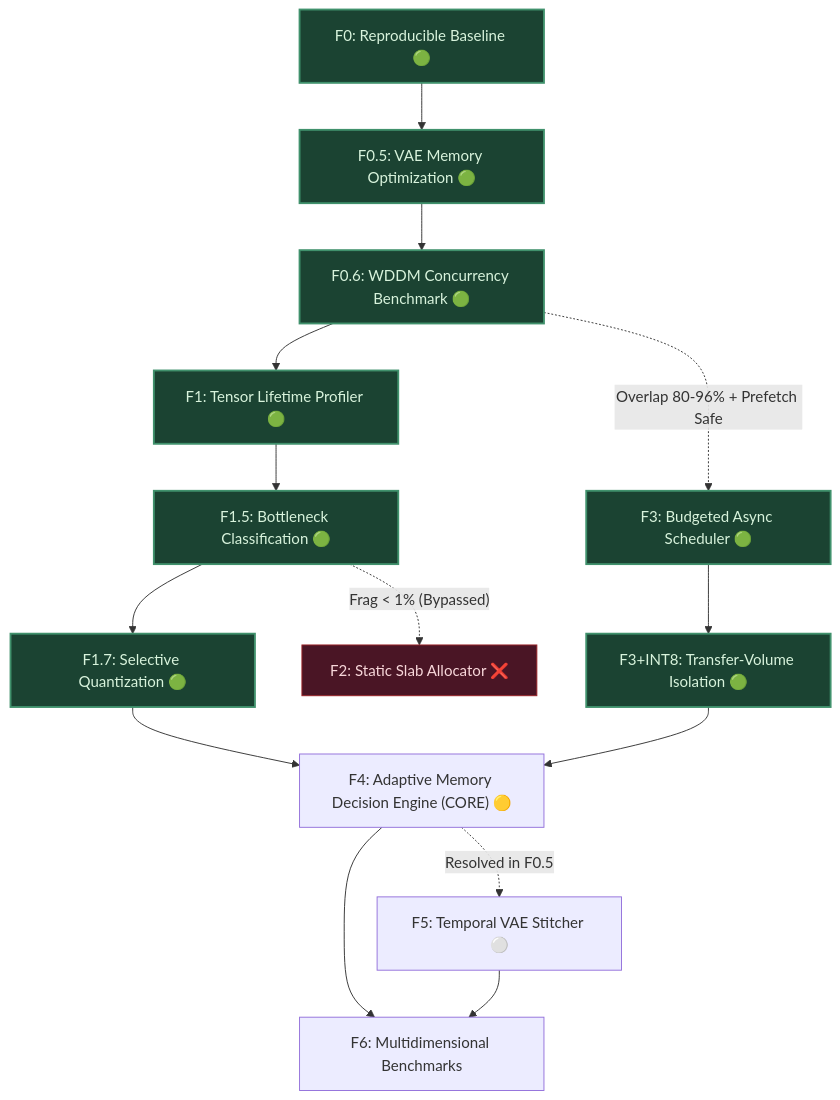
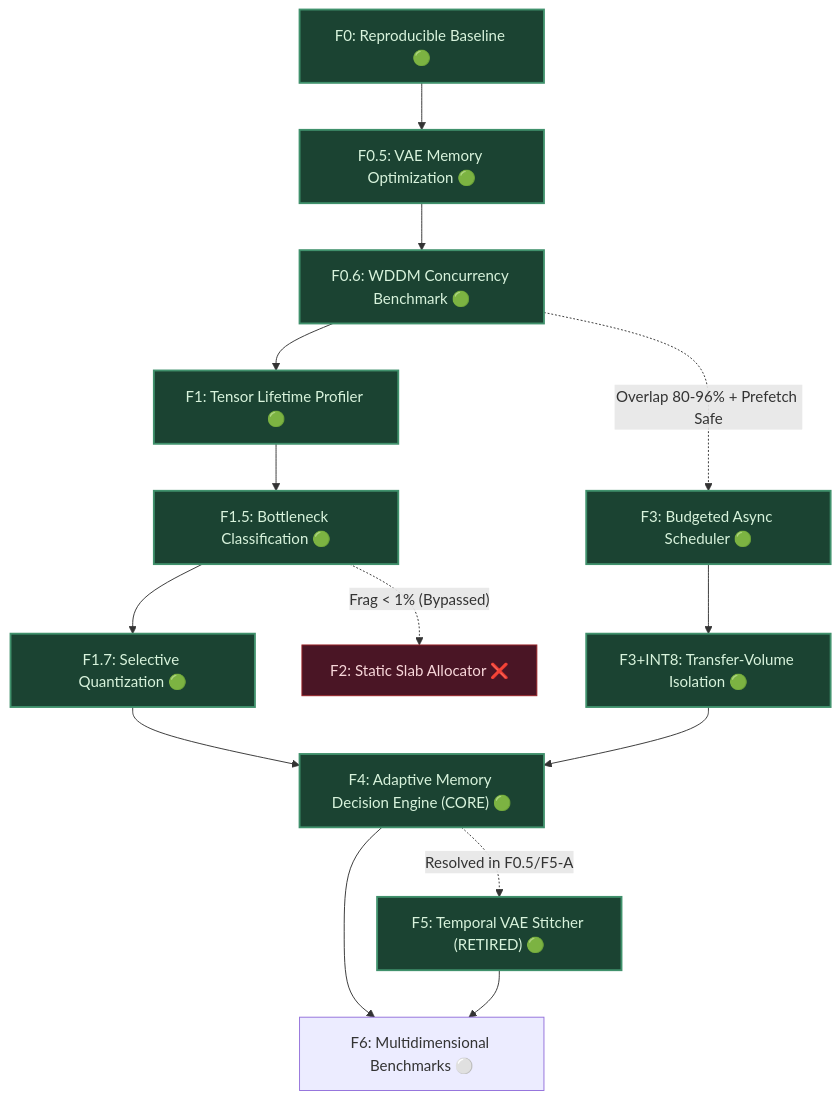
One commit to LARP/marley-adaptive-runtime changed the diagram in ROADMAP.md. Above: the diagram before and after it, drawn with Mermaid. The commit also changed other lines of this file and 4 other files, not shown here.

First line of the commit message:
feat(f5): execute canonical 33f VAE probe, certify RETIRE verdict, update docs and roadmap

````diff
--- a/ROADMAP.md
+++ b/ROADMAP.md
@@ -78,22 +91,22 @@
 ```mermaid
 flowchart TD
     F0["F0: Reproducible Baseline 🟢"] --> F05["F0.5: VAE Memory Optimization 🟢"]
     F05 --> F06["F0.6: WDDM Concurrency Benchmark 🟢"]
     F06 --> F1["F1: Tensor Lifetime Profiler 🟢"]
     F1 --> F15["F1.5: Bottleneck Classification 🟢"]
     F15 --> F17["F1.7: Selective Quantization 🟢"]
     F15 -.->|"Frag < 1% (Bypassed)"| F2["F2: Static Slab Allocator ❌"]
     F06 -.->|"Overlap 80-96% + Prefetch Safe"| F3["F3: Budgeted Async Scheduler 🟢"]
-    F17 --> F4["F4: Adaptive Memory Decision Engine (CORE) 🟡"]
+    F17 --> F4["F4: Adaptive Memory Decision Engine (CORE) 🟢"]
     F3 --> F3I8["F3+INT8: Transfer-Volume Isolation 🟢"] --> F4
-    F4 -.->|"Resolved in F0.5"| F5["F5: Temporal VAE Stitcher ⚪"]
-    F4 --> F6["F6: Multidimensional Benchmarks"]
+    F4 -.->|"Resolved in F0.5/F5-A"| F5["F5: Temporal VAE Stitcher (RETIRED) 🟢"]
+    F4 --> F6["F6: Multidimensional Benchmarks ⚪"]
     F5 --> F6
 
     classDef pass fill:#1b4332,stroke:#40916c,stroke-width:2px,color:#d8f3dc;
     classDef inprog fill:#5c4d00,stroke:#d4af37,stroke-width:2px,color:#fff3b0;
     classDef bypass fill:#4a1525,stroke:#9b2226,stroke-width:1px,color:#f8d7da;
     class F0,F05,F06,F1,F15,F17,F3 pass;
-    class F3I8 pass;
+    class F3I8,F4,F5 pass;
     class F2 bypass;
 ```
````
